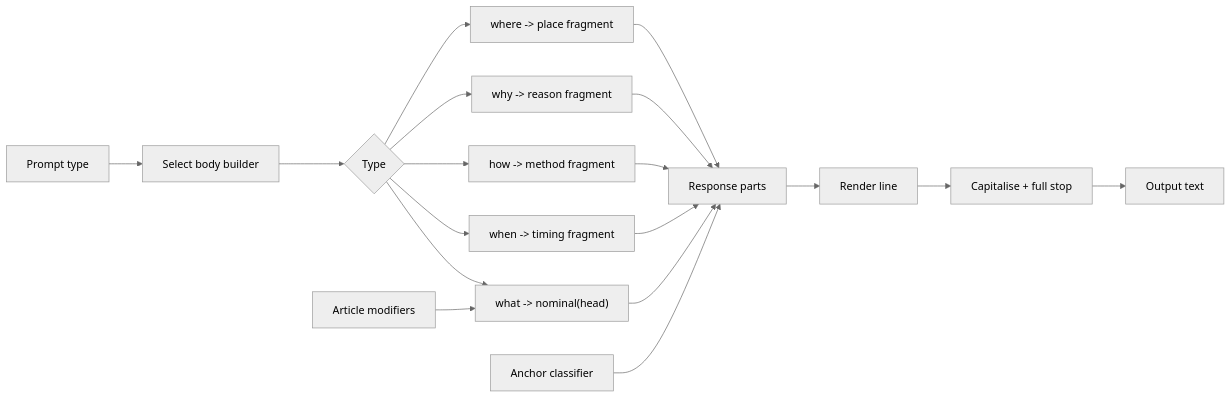
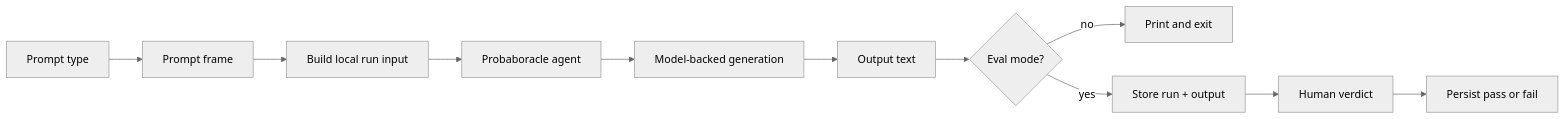
The diagram in docs/diagrams/PIPELINE.md (tryskian/probaboracle), drawn with Mermaid (neutral theme) before and after one commit. The commit also changed other lines of this file and 14 other files, not shown here.

Commit message:
feat: replace fragment pipeline with agent runtime

````diff
--- a/docs/diagrams/PIPELINE.md
+++ b/docs/diagrams/PIPELINE.md
@@ -5,20 +5,13 @@
 ```mermaid
 flowchart LR
-    A["Prompt type"] --> B["Select body builder"]
-    B --> C{"Type"}
-    C --> D["what -> nominal(head)"]
-    C --> E["when -> timing fragment"]
-    C --> F["how -> method fragment"]
-    C --> G["why -> reason fragment"]
-    C --> H["where -> place fragment"]
-    D --> I["Response parts"]
-    E --> I
-    F --> I
-    G --> I
-    H --> I
-    J["Anchor classifier"] --> I
-    K["Article modifiers"] --> D
-    I --> L["Render line"]
-    L --> M["Capitalise + full stop"]
-    M --> N["Output text"]
+    A["Prompt type"] --> B["Prompt frame"]
+    B --> C["Build local run input"]
+    C --> D["Probaboracle agent"]
+    D --> E["Model-backed generation"]
+    E --> F["Output text"]
+    F --> G{"Eval mode?"}
+    G -->|no| H["Print and exit"]
+    G -->|yes| I["Store run + output"]
+    I --> J["Human verdict"]
+    J --> K["Persist pass or fail"]
 ```
````
